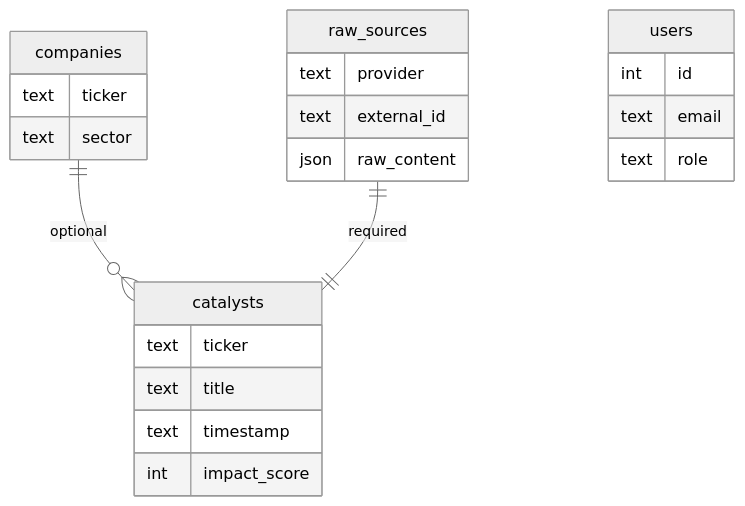
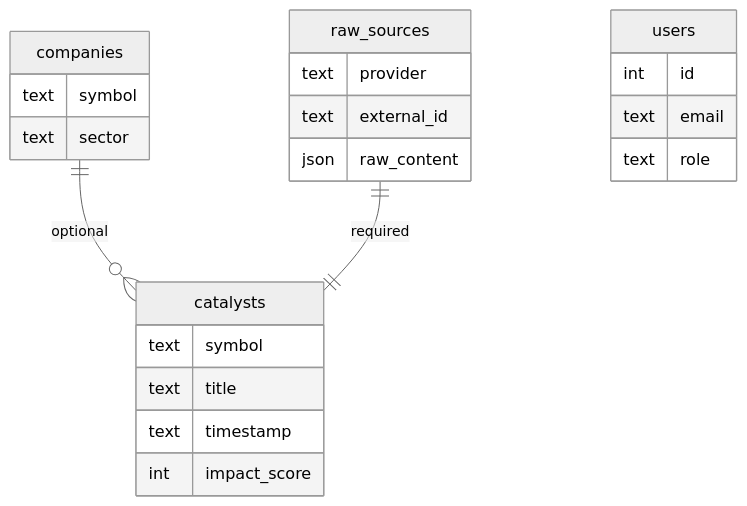
Before and after one commit to catalystintel/catalyst-intel: the third of 4 diagrams in docs/research/Catalyst-Intel-Architecture-Flow.md, drawn with Mermaid (neutral theme). The commit also changed other lines of this file and 100 other files, not shown here.

First line of the commit message:
refactor: use symbol instead of ticker as product terminology

````diff
--- a/docs/research/Catalyst-Intel-Architecture-Flow.md
+++ b/docs/research/Catalyst-Intel-Architecture-Flow.md
@@ -159,25 +159,25 @@
 ```mermaid
 erDiagram
     companies ||--o{ catalysts : "optional"
     raw_sources ||--|| catalysts : "required"
     users {
         int id
         text email
         text role
     }
     raw_sources {
         text provider
         text external_id
         json raw_content
     }
     catalysts {
-        text ticker
+        text symbol
         text title
         text timestamp
         int impact_score
     }
     companies {
-        text ticker
+        text symbol
         text sector
     }
 ```
````
